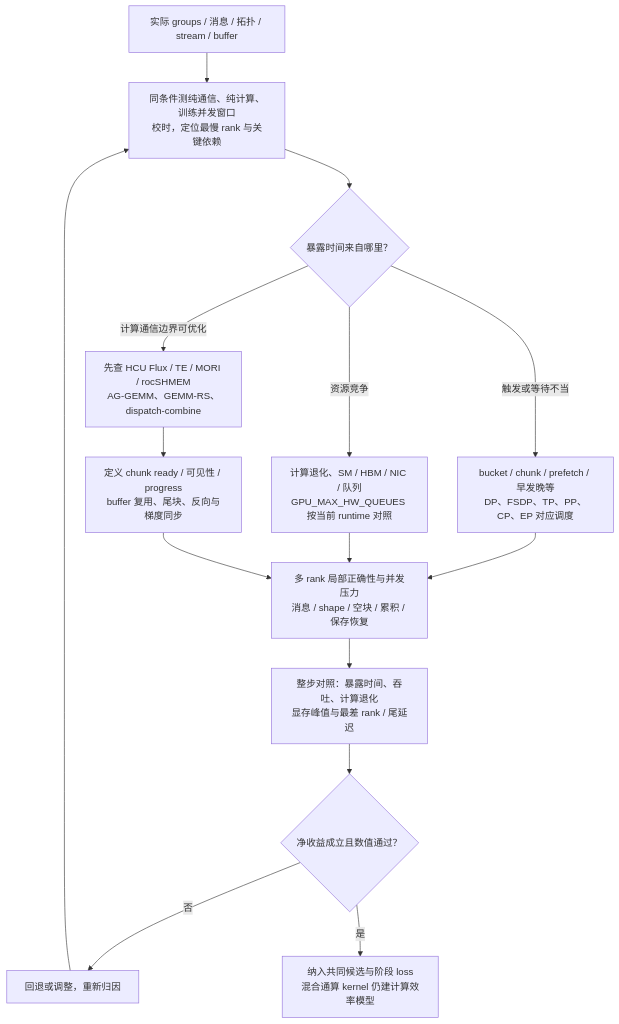
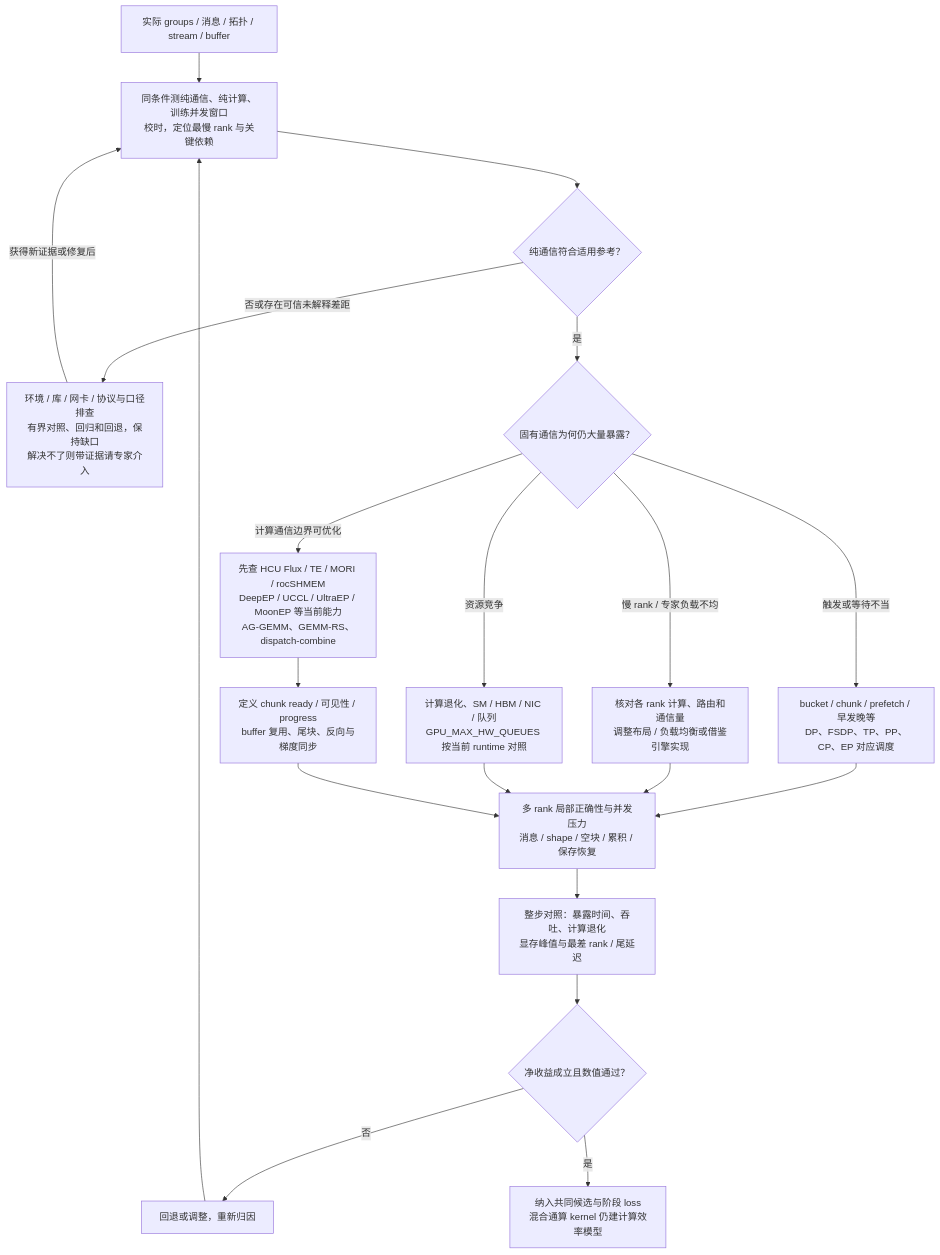
Before and after one commit to yuguo-Jack/HCU-TrainFlow: the seventh of 12 diagrams in docs/workflow-map.md, drawn with Mermaid. The commit also changed other lines of this file and 11 other files, not shown here.

````diff
--- a/docs/workflow-map.md
+++ b/docs/workflow-map.md
@@ -209,17 +237,22 @@
 ```mermaid
 flowchart TD
     IN["实际 groups / 消息 / 拓扑 / stream / buffer"] --> BASE["同条件测纯通信、纯计算、训练并发窗口<br/>校时，定位最慢 rank 与关键依赖"]
-    BASE --> WHY{"暴露时间来自哪里？"}
+    BASE --> MATCH{"纯通信符合适用参考？"}
+    MATCH -->|否或存在可信未解释差距| ENV["环境 / 库 / 网卡 / 协议与口径排查<br/>有界对照、回归和回退，保持缺口<br/>解决不了则带证据请专家介入"]
+    ENV -->|获得新证据或修复后| BASE
+    MATCH -->|是| WHY{"固有通信为何仍大量暴露？"}
+    WHY -->|慢 rank / 专家负载不均| BALANCE["核对各 rank 计算、路由和通信量<br/>调整布局 / 负载均衡或借鉴引擎实现"]
     WHY -->|触发或等待不当| SCHED["bucket / chunk / prefetch / 早发晚等<br/>DP、FSDP、TP、PP、CP、EP 对应调度"]
     WHY -->|资源竞争| RESOURCE["计算退化、SM / HBM / NIC / 队列<br/>GPU_MAX_HW_QUEUES 按当前 runtime 对照"]
-    WHY -->|计算通信边界可优化| REUSE["先查 HCU Flux / TE / MORI / rocSHMEM<br/>AG-GEMM、GEMM-RS、dispatch-combine"]
+    WHY -->|计算通信边界可优化| REUSE["先查 HCU Flux / TE / MORI / rocSHMEM<br/>DeepEP / UCCL / UltraEP / MoonEP 等当前能力<br/>AG-GEMM、GEMM-RS、dispatch-combine"]
     REUSE --> PROTOCOL["定义 chunk ready / 可见性 / progress<br/>buffer 复用、尾块、反向与梯度同步"]
     SCHED --> TEST["多 rank 局部正确性与并发压力<br/>消息 / shape / 空块 / 累积 / 保存恢复"]
+    BALANCE --> TEST
     RESOURCE --> TEST
     PROTOCOL --> TEST
     TEST --> E2E["整步对照：暴露时间、吞吐、计算退化<br/>显存峰值与最差 rank / 尾延迟"]
     E2E --> PASS{"净收益成立且数值通过？"}
     PASS -->|否| BACK["回退或调整，重新归因"]
     BACK --> BASE
     PASS -->|是| OUT["纳入共同候选与阶段 loss<br/>混合通算 kernel 仍建计算效率模型"]
 ```
````
